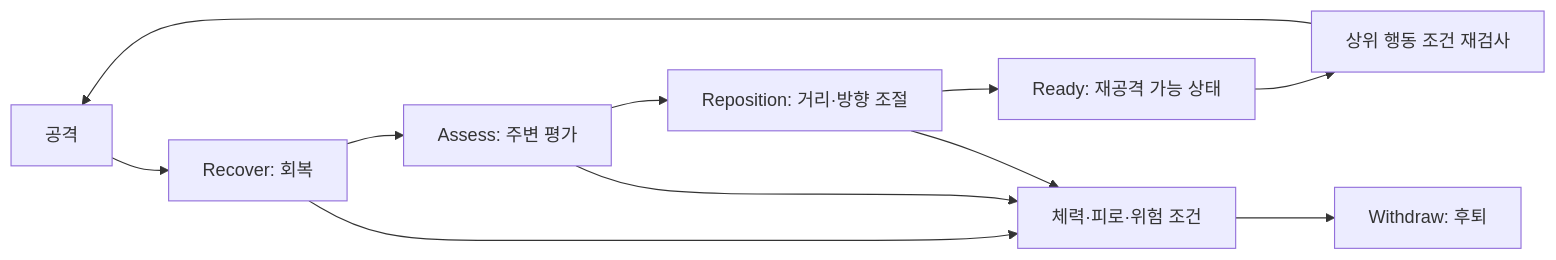
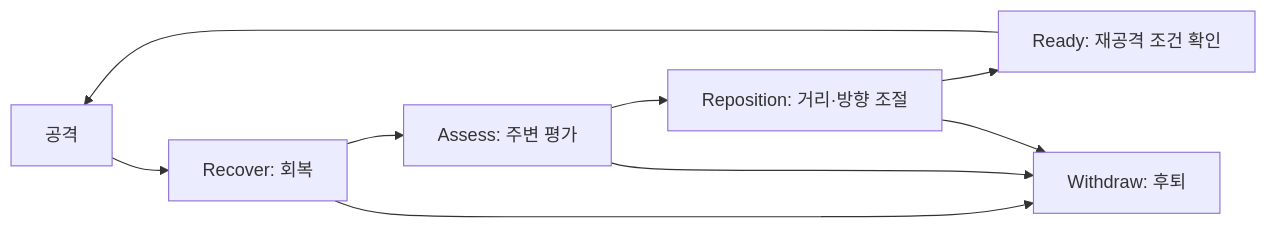
The diagram in docs/animal-ai.md (rhwjdtjs/NONGJANG_Public), drawn with Mermaid before and after one commit. The commit also changed other lines of this file and 6 other files, not shown here.

````diff
--- a/docs/animal-ai.md
+++ b/docs/animal-ai.md
@@ -17,13 +17,11 @@
 ```mermaid
 flowchart LR
   A["공격"] --> B["Recover: 회복"]
   B --> C["Assess: 주변 평가"]
   C --> D["Reposition: 거리·방향 조절"]
-  D --> E["Ready: 재공격 가능 상태"]
-  E --> F["상위 행동 조건 재검사"]
-  F --> A
-  B --> G["체력·피로·위험 조건"]
-  C --> G
-  D --> G
-  G --> H["Withdraw: 후퇴"]
+  D --> E["Ready: 재공격 조건 확인"]
+  E --> A
+  B --> F["Withdraw: 후퇴"]
+  C --> F
+  D --> F
 ```
````
